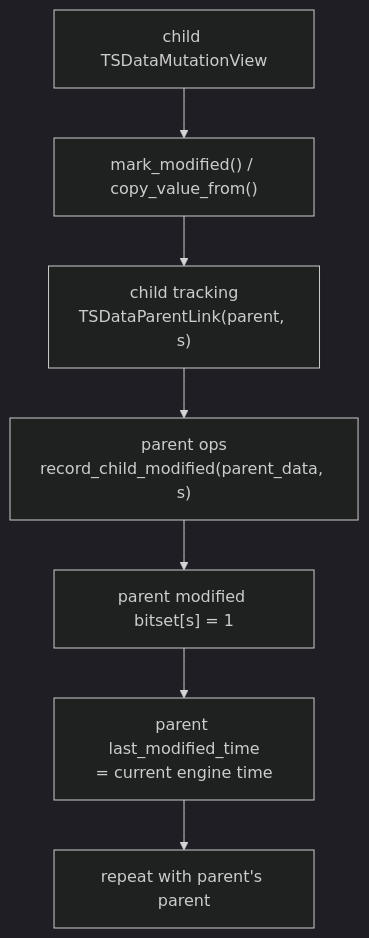
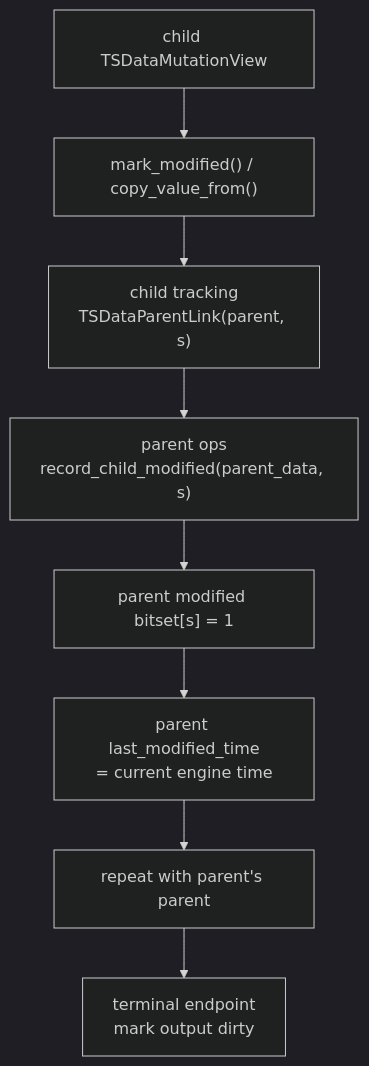
The eighth of 8 diagrams in docs/source/developer_guide/data_structures/plans_and_ops/time_series.rst (hhenson/hg_cpp), drawn with Mermaid (dark theme) before and after one commit. The commit also changed other lines of this file and 12 other files, not shown here.

```diff
--- a/docs/source/developer_guide/data_structures/plans_and_ops/time_series.rst
+++ b/docs/source/developer_guide/data_structures/plans_and_ops/time_series.rst
@@ -671,17 +684,19 @@
 .. mermaid::
 
    flowchart TD
       ChildMutation["child TSDataMutationView"]
       Mark["mark_modified() / copy_value_from()"]
       ParentLink["child tracking<br/>TSDataParentLink(parent, s)"]
       ParentHook["parent ops<br/>record_child_modified(parent_data, s)"]
       ModifiedBit["parent modified bitset[s] = 1"]
       ParentTime["parent last_modified_time<br/>= current engine time"]
       Bubble["repeat with parent's parent"]
+      Endpoint["terminal endpoint<br/>mark output dirty"]
 
       ChildMutation --> Mark
       Mark --> ParentLink
       ParentLink --> ParentHook
       ParentHook --> ModifiedBit
       ModifiedBit --> ParentTime
       ParentTime --> Bubble
+      Bubble --> Endpoint
```
